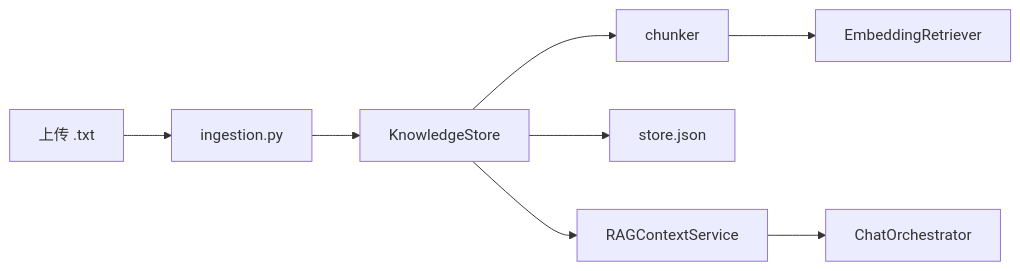
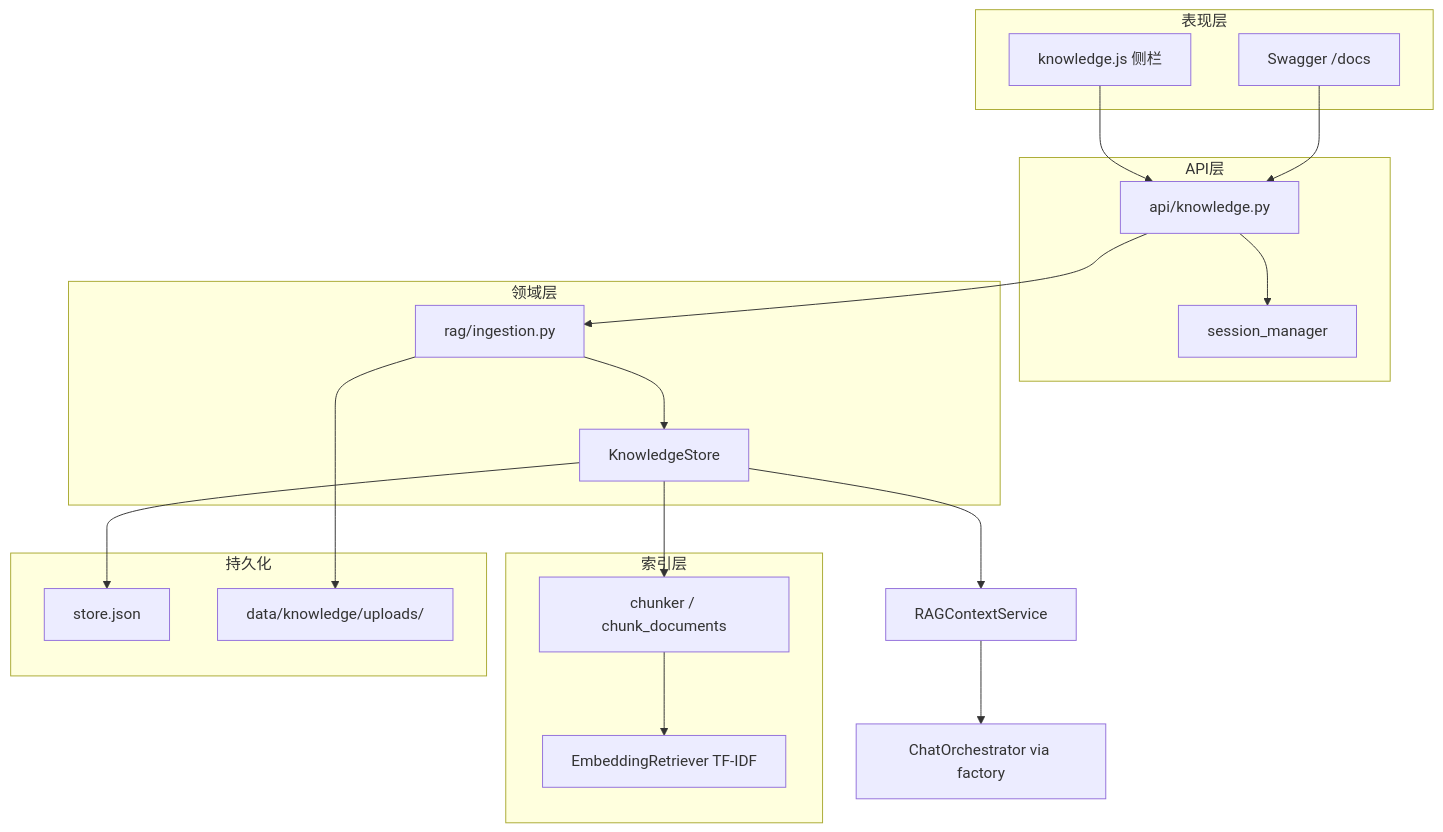
One commit to ab6539763/70_days_course_plus changed the diagram in course/day25/03_架构设计.md. Above: the diagram before and after it, drawn with Mermaid. The commit also changed other lines of this file and 229 other files, not shown here.

````diff
--- a/course/day25/03_架构设计.md
+++ b/course/day25/03_架构设计.md
@@ -3,10 +7,33 @@
 ```mermaid
-flowchart LR
-    UP[上传 .txt] --> ING[ingestion.py]
-    ING --> KS[KnowledgeStore]
-    KS --> CH[chunker]
-    CH --> EM[EmbeddingRetriever]
-    KS --> JSON[store.json]
+flowchart TB
+    subgraph 表现层
+        FE[knowledge.js 侧栏]
+        SW[Swagger /docs]
+    end
+    subgraph API层
+        KAPI[api/knowledge.py]
+        SESS[session_manager]
+    end
+    subgraph 领域层
+        ING[rag/ingestion.py]
+        KS[KnowledgeStore]
+    end
+    subgraph 索引层
+        CH[chunker / chunk_documents]
+        EM[EmbeddingRetriever TF-IDF]
+    end
+    subgraph 持久化
+        JSON[store.json]
+        UPL[data/knowledge/uploads/]
+    end
+    FE --> KAPI
+    SW --> KAPI
+    KAPI --> ING
+    ING --> KS
+    KS --> CH --> EM
+    KS --> JSON
+    ING --> UPL
+    KAPI --> SESS
     KS --> RAG[RAGContextService]
-    RAG --> ORCH[ChatOrchestrator]
+    RAG --> ORCH[ChatOrchestrator via factory]
 ```
````
